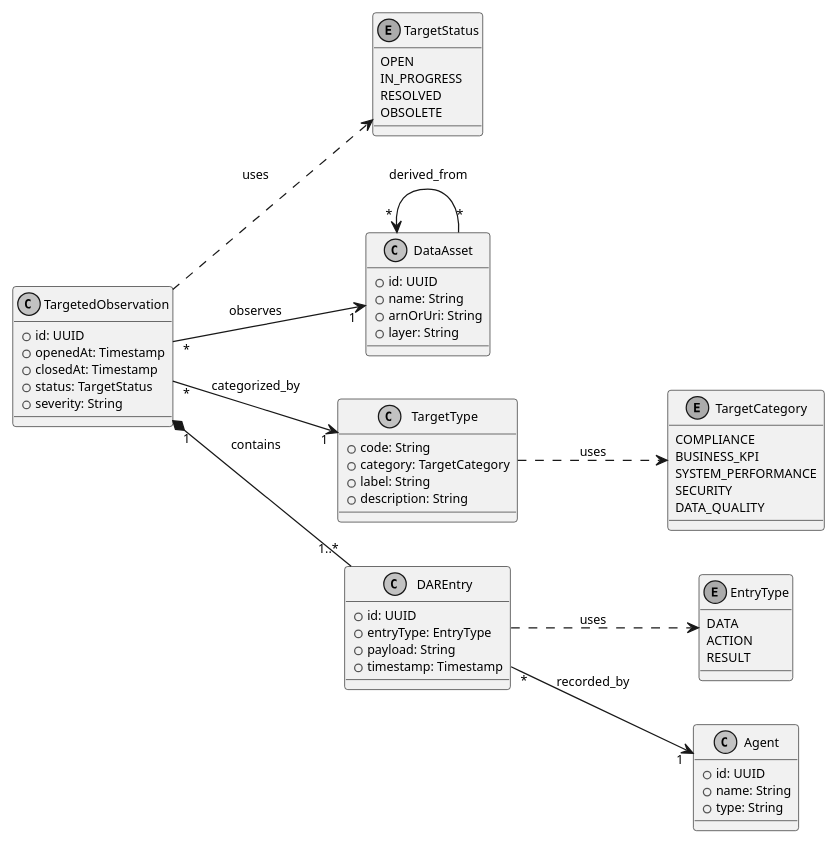
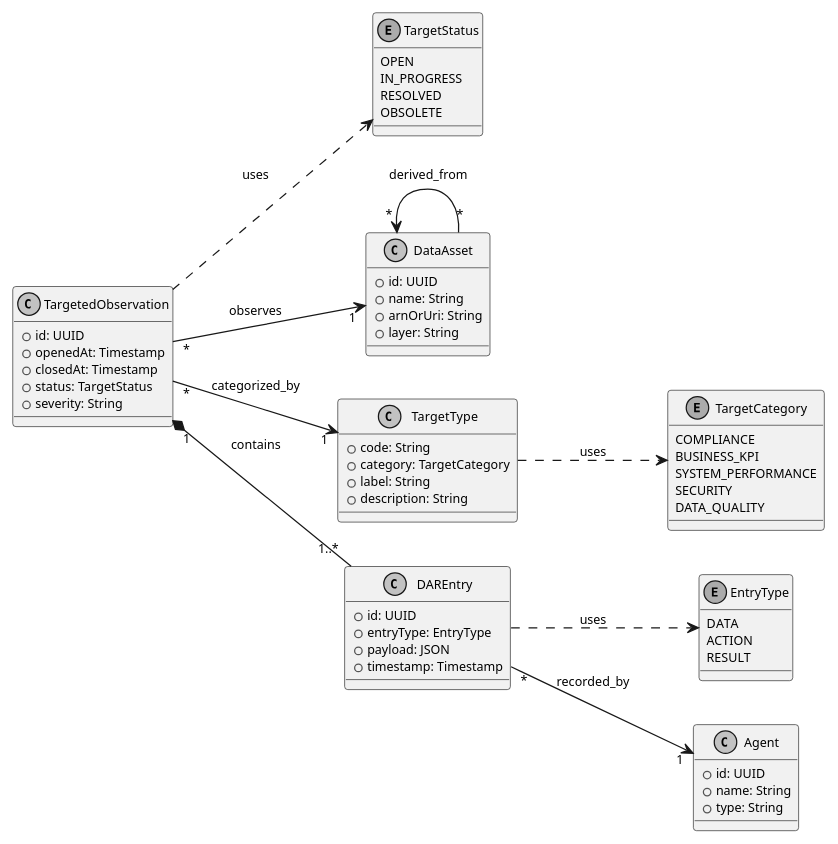
One commit to xFufly/tdar-lineage changed the diagram in uml/tdar_architecture.puml. Above: the diagram before and after it, drawn with PlantUML. The commit also changed 6 other files, not shown here.

```diff
--- a/uml/tdar_architecture.puml
+++ b/uml/tdar_architecture.puml
@@ -1,77 +1,77 @@
 @startuml tdar_architecture
 
 skinparam monochrome true
 skinparam shadowing false
 skinparam defaultFontName "Arial"
 skinparam defaultFontSize 10
 
 left to right direction
 
 enum TargetCategory {
     COMPLIANCE
     BUSINESS_KPI
     SYSTEM_PERFORMANCE
     SECURITY
     DATA_QUALITY
 }
 
 enum EntryType {
     DATA
     ACTION
     RESULT
 }
 
 enum TargetStatus {
     OPEN
     IN_PROGRESS
     RESOLVED
     OBSOLETE
 }
 
 class DataAsset {
     +id: UUID
     +name: String
     +arnOrUri: String
     +layer: String
 }
 
 class TargetType {
     +code: String
     +category: TargetCategory
     +label: String
     +description: String
 }
 
 class TargetedObservation {
     +id: UUID
     +openedAt: Timestamp
     +closedAt: Timestamp
     +status: TargetStatus
     +severity: String
 }
 
 class DAREntry {
     +id: UUID
     +entryType: EntryType
-    +payload: String
+    +payload: JSON
     +timestamp: Timestamp
 }
 
 class Agent {
     +id: UUID
     +name: String
     +type: String
 }
 
 DataAsset "*" <-- "*" DataAsset : derived_from
 
 TargetedObservation "*" --> "1" DataAsset : observes
 TargetedObservation "*" --> "1" TargetType : categorized_by
 TargetedObservation "1" *-- "1..*" DAREntry : contains
 DAREntry "*" --> "1" Agent : recorded_by
 
 TargetType ..> TargetCategory : uses
 TargetedObservation ..> TargetStatus : uses
 DAREntry ..> EntryType : uses
 
 @enduml
```
